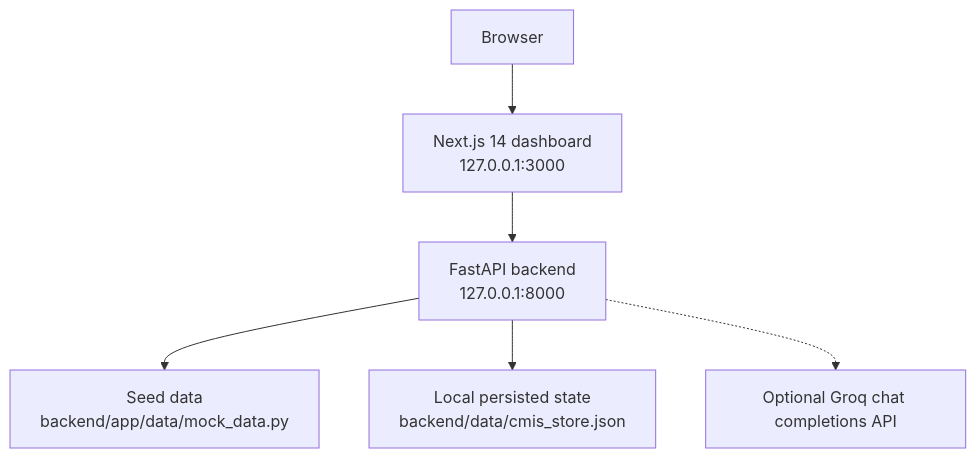
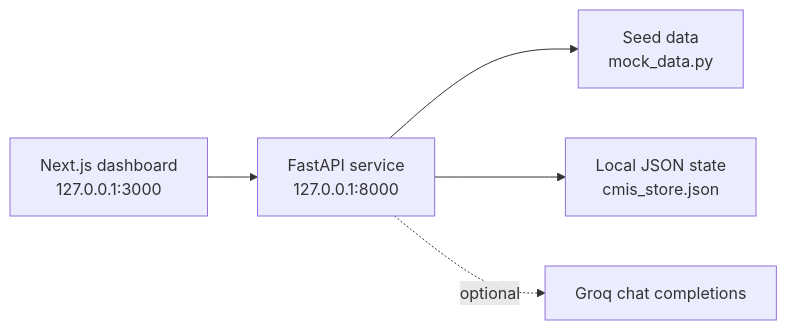
Before and after one commit to Sonu0305/OrgTransform: the diagram in README.md, drawn with Mermaid. The commit also changed other lines of this file, not shown here.

````diff
--- a/README.md
+++ b/README.md
@@ -82,8 +73,7 @@
 ```mermaid
-flowchart TD
-    A["Browser"] --> B["Next.js 14 dashboard<br/>127.0.0.1:3000"]
-    B --> C["FastAPI backend<br/>127.0.0.1:8000"]
-    C --> D["Seed data<br/>backend/app/data/mock_data.py"]
-    C --> E["Local persisted state<br/>backend/data/cmis_store.json"]
-    C -.-> F["Optional Groq chat completions API"]
+flowchart LR
+    UI["Next.js dashboard<br/>127.0.0.1:3000"] --> API["FastAPI service<br/>127.0.0.1:8000"]
+    API --> Seed["Seed data<br/>mock_data.py"]
+    API --> Store["Local JSON state<br/>cmis_store.json"]
+    API -.->|optional| Groq["Groq chat completions"]
 ```
````
